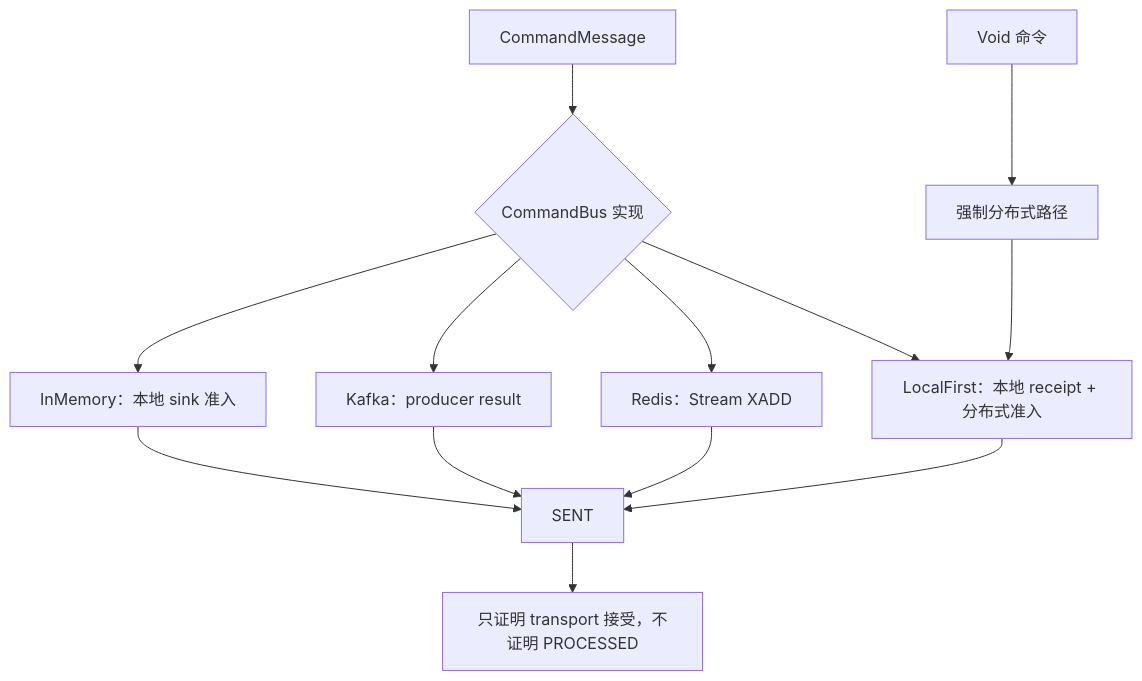
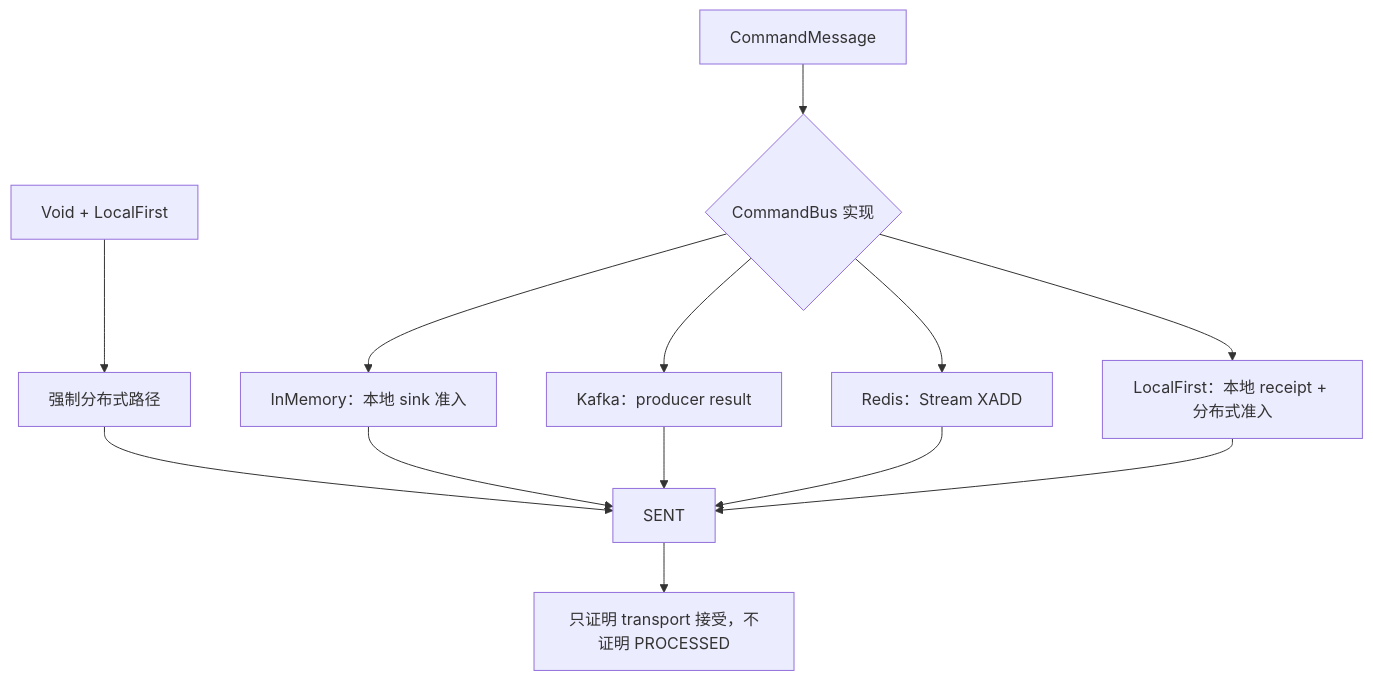
Before and after one commit to Ahoo-Wang/Wow: diagram 12 of 16 in document/design/2026-08-29-domain-command-event-diagrams-implementation-plan.md, drawn with Mermaid. The commit also changed other lines of this file and 11 other files, not shown here.

Commit message:
docs: correct final diagram semantics

````diff
--- a/document/design/2026-08-29-domain-command-event-diagrams-implementation-plan.md
+++ b/document/design/2026-08-29-domain-command-event-diagrams-implementation-plan.md
@@ -601,15 +610,15 @@
 ```mermaid
 flowchart TB
     Command["CommandMessage"] --> Transport{"CommandBus 实现"}
     Transport --> InMemory["InMemory：本地 sink 准入"]
     Transport --> Kafka["Kafka：producer result"]
     Transport --> Redis["Redis：Stream XADD"]
     Transport --> LocalFirst["LocalFirst：本地 receipt + 分布式准入"]
-    Void["Void 命令"] --> Distributed["强制分布式路径"]
-    Distributed --> LocalFirst
+    Void["Void + LocalFirst"] --> Distributed["强制分布式路径"]
+    Distributed --> Sent
     InMemory --> Sent["SENT"]
     Kafka --> Sent
     Redis --> Sent
     LocalFirst --> Sent
     Sent --> Boundary["只证明 transport 接受，不证明 PROCESSED"]
 ```
````
